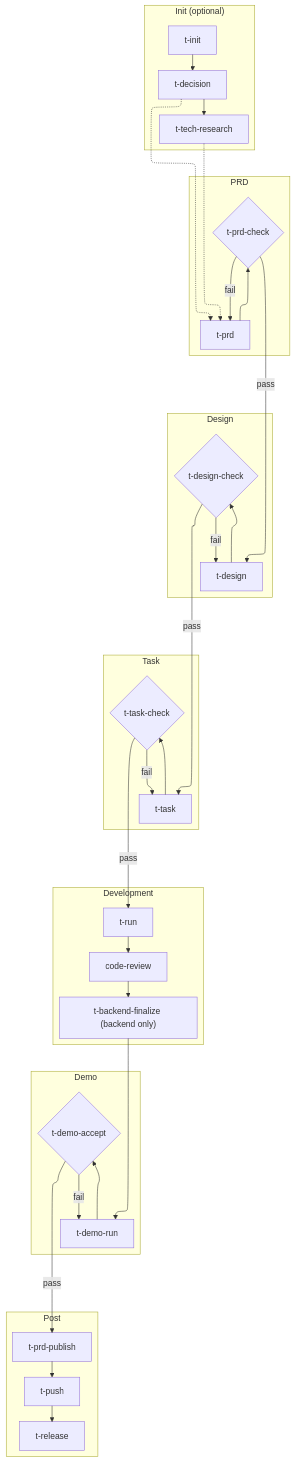
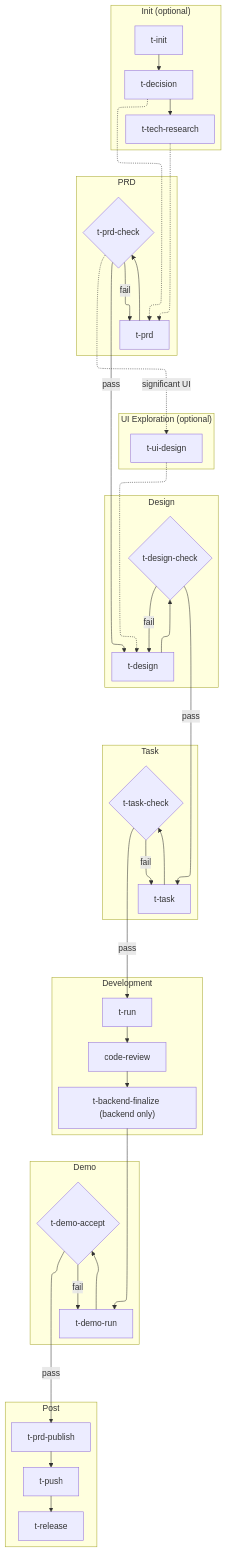
One commit to timzaak/web-dev-skills changed the diagram in README.en.md. Above: the diagram before and after it, drawn with Mermaid. The commit also changed other lines of this file and 9 other files, not shown here.

First line of the commit message:
Implement t-ui-design frontend UI exploration skill and wire into workflow

````diff
--- a/README.en.md
+++ b/README.en.md
@@ -87,45 +91,51 @@
 ```mermaid
 %%{init: {'flowchart': {'defaultRenderer': 'elk'}}}%%
 flowchart TD
     subgraph Init["Init (optional)"]
         direction LR
         A1["t-init"] --> A2["t-decision"] --> A3["t-tech-research"]
     end
 
     subgraph PRD["PRD"]
         B1["t-prd"] --> B2{"t-prd-check"}
         B2 -->|fail| B1
+    end
+
+    subgraph UI["UI Exploration (optional)"]
+        U1["t-ui-design"]
     end
 
     subgraph Design["Design"]
         C1["t-design"] --> C2{"t-design-check"}
         C2 -->|fail| C1
     end
 
     subgraph Task["Task"]
         D1["t-task"] --> D2{"t-task-check"}
         D2 -->|fail| D1
     end
 
     subgraph Dev["Development"]
         E1["t-run"] --> E2["code-review"]
         E2 --> E3["t-backend-finalize (backend only)"]
     end
 
     subgraph Demo["Demo"]
         F1["t-demo-run"] --> F2{"t-demo-accept"}
         F2 -->|fail| F1
     end
 
     subgraph Post["Post"]
         G1["t-prd-publish"] --> G2["t-push"] --> G3["t-release"]
     end
 
     A2 -.-> B1
     A3 -.-> B1
     B2 -->|pass| C1
+    B2 -.->|significant UI| U1
+    U1 -.-> C1
     C2 -->|pass| D1
     D2 -->|pass| E1
     E3 --> F1
     F2 -->|pass| G1
 ```
````
